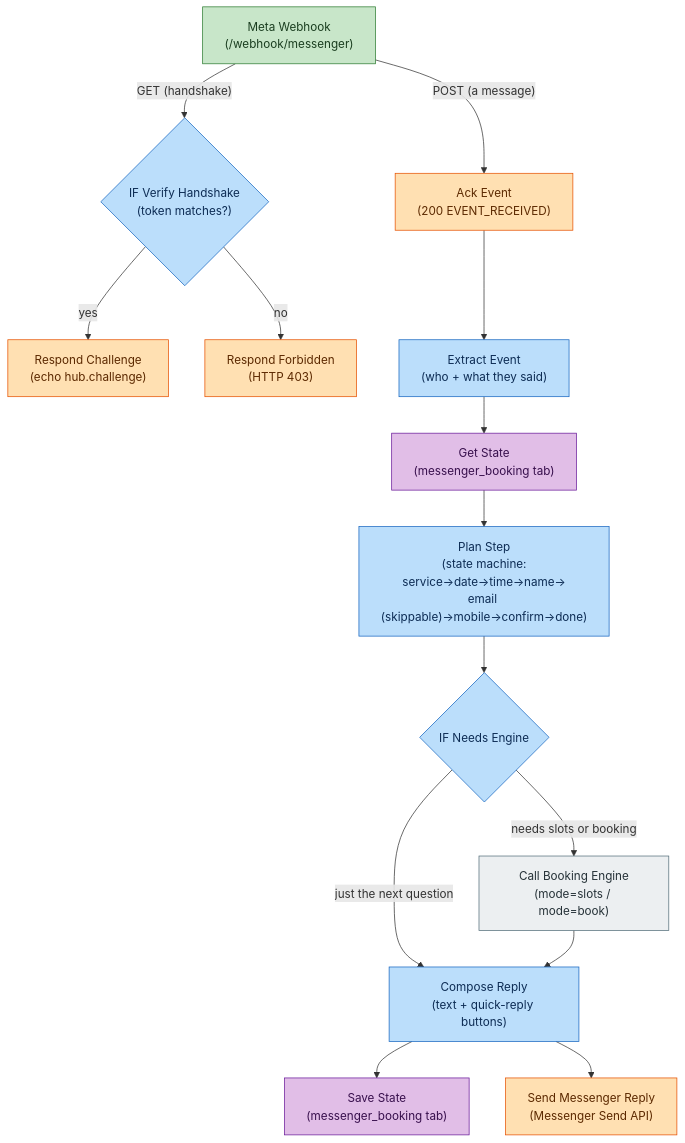
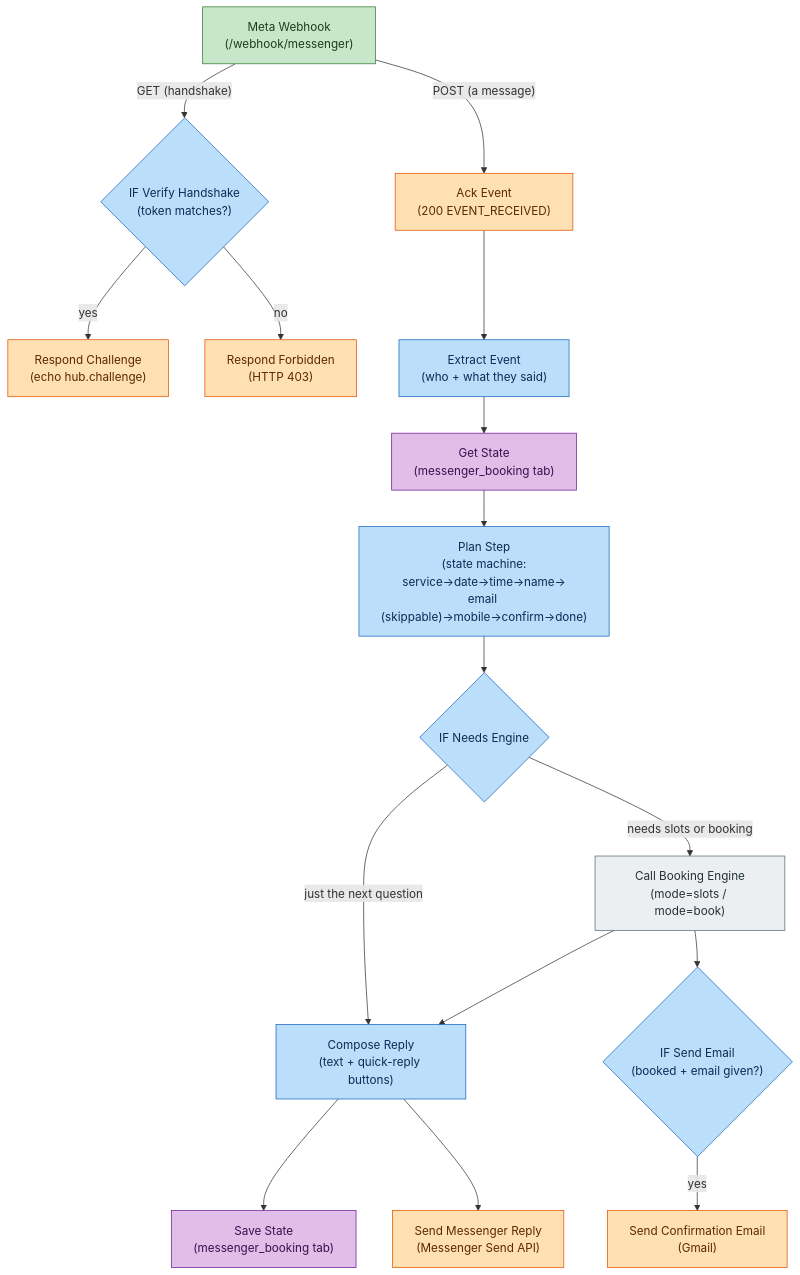
Before and after one commit to jessiemarkpongaron/JessieDentalCare: the fourth of 4 diagrams in WORKFLOW-NOTES.md, drawn with Mermaid. The commit also changed other lines of this file and 14 other files, not shown here.

Commit message:
Add website source with privacy policy page; document Messenger email confirmation

````diff
--- a/WORKFLOW-NOTES.md
+++ b/WORKFLOW-NOTES.md
@@ -156,23 +156,25 @@
 ```mermaid
 flowchart TD
     MW["Meta Webhook<br/>(/webhook/messenger)"]:::trigger
     MW -- "GET (handshake)" --> IVH{"IF Verify Handshake<br/>(token matches?)"}:::logic
     IVH -- yes --> RCH["Respond Challenge<br/>(echo hub.challenge)"]:::out
     IVH -- no --> RF["Respond Forbidden<br/>(HTTP 403)"]:::out
     MW -- "POST (a message)" --> ACK["Ack Event<br/>(200 EVENT_RECEIVED)"]:::out
     ACK --> EX["Extract Event<br/>(who + what they said)"]:::logic
     EX --> GS["Get State<br/>(messenger_booking tab)"]:::sheets
     GS --> PS["Plan Step<br/>(state machine:<br/>service→date→time→name→<br/>email (skippable)→mobile→confirm→done)"]:::logic
     PS --> INE{"IF Needs Engine"}:::logic
     INE -- "needs slots or booking" --> CBE["Call Booking Engine<br/>(mode=slots / mode=book)"]:::engine
     INE -- "just the next question" --> CR
     CBE --> CR["Compose Reply<br/>(text + quick-reply buttons)"]:::logic
+    CBE --> ISE{"IF Send Email<br/>(booked + email given?)"}:::logic
+    ISE -- yes --> GM["Send Confirmation Email<br/>(Gmail)"]:::out
     CR --> SS["Save State<br/>(messenger_booking tab)"]:::sheets
     CR --> SMR["Send Messenger Reply<br/>(Messenger Send API)"]:::out
 
     classDef trigger fill:#c8e6c9,stroke:#2e7d32,color:#1b3e20
     classDef logic fill:#bbdefb,stroke:#1565c0,color:#0d2c54
     classDef sheets fill:#e1bee7,stroke:#6a1b9a,color:#38104d
     classDef engine fill:#eceff1,stroke:#546e7a,color:#263238
     classDef out fill:#ffe0b2,stroke:#e65100,color:#5c2900
 ```
````
